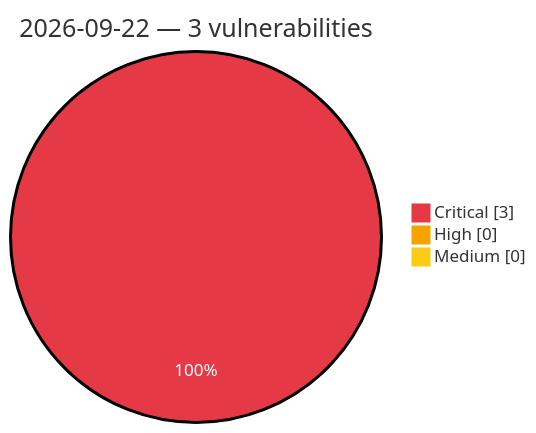
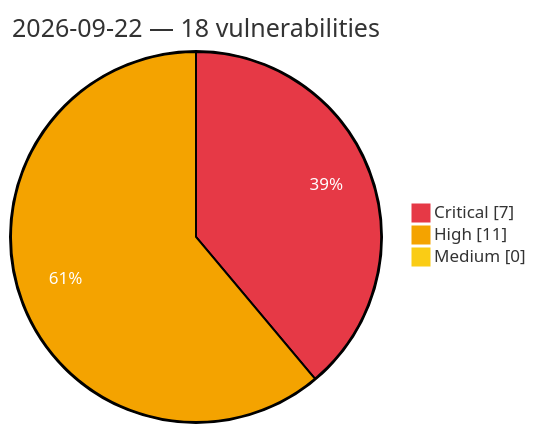
Before and after one commit to GhostX0X/vuln-tracker: the diagram in vulnerabilities/2026/September/2026-09-22.md, drawn with Mermaid. The commit also changed other lines of this file and 5 other files, not shown here.

Commit message:
Auto update: critical/high vulns (2026-09-22 11:37 UTC)

````diff
--- a/vulnerabilities/2026/September/2026-09-22.md
+++ b/vulnerabilities/2026/September/2026-09-22.md
@@ -3,8 +3,8 @@
 ```mermaid
 %%{init: {'theme':'base', 'themeVariables': {'pie1':'#e63946', 'pie2':'#f4a300', 'pie3':'#facc15', 'pieOpacity':'1', 'pieOuterStrokeWidth':'2px', 'pieSectionTextColor':'#ffffff'}}}%%
 pie showData
-    title 2026-09-22 — 3 vulnerabilities
-    "Critical" : 3
-    "High" : 0
+    title 2026-09-22 — 18 vulnerabilities
+    "Critical" : 7
+    "High" : 11
     "Medium" : 0
 ```
````
